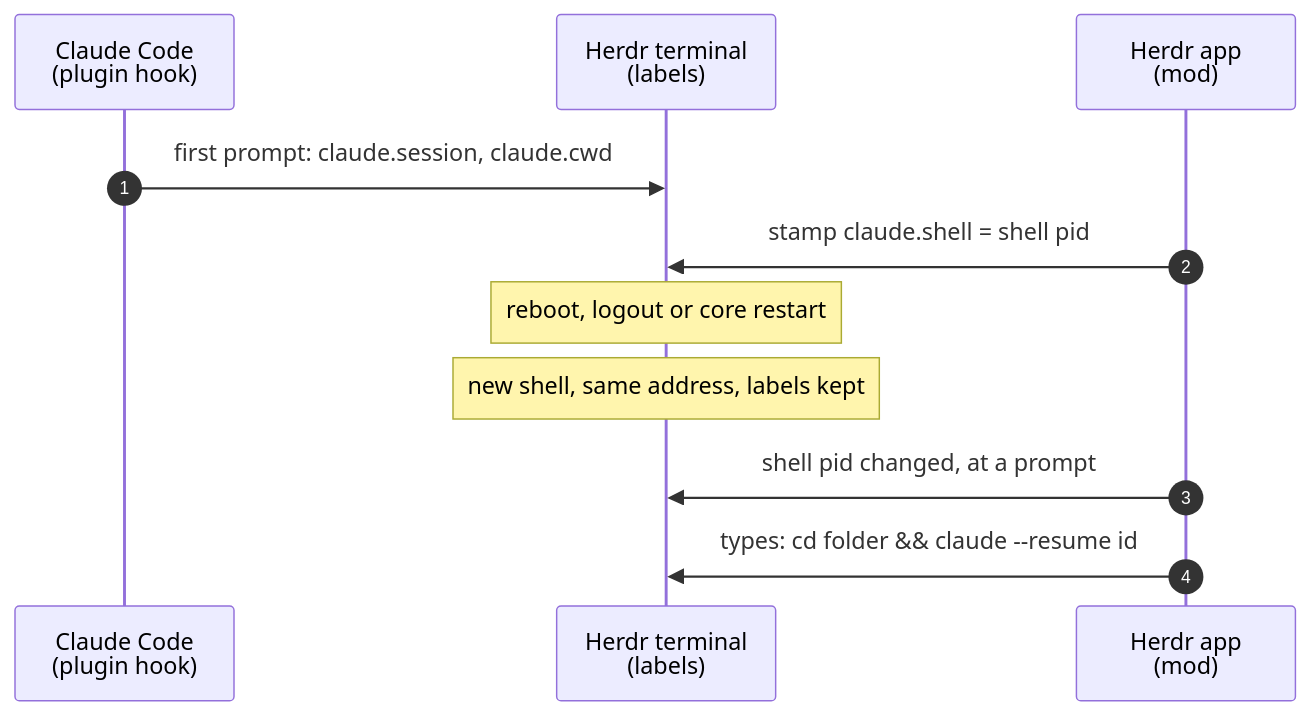
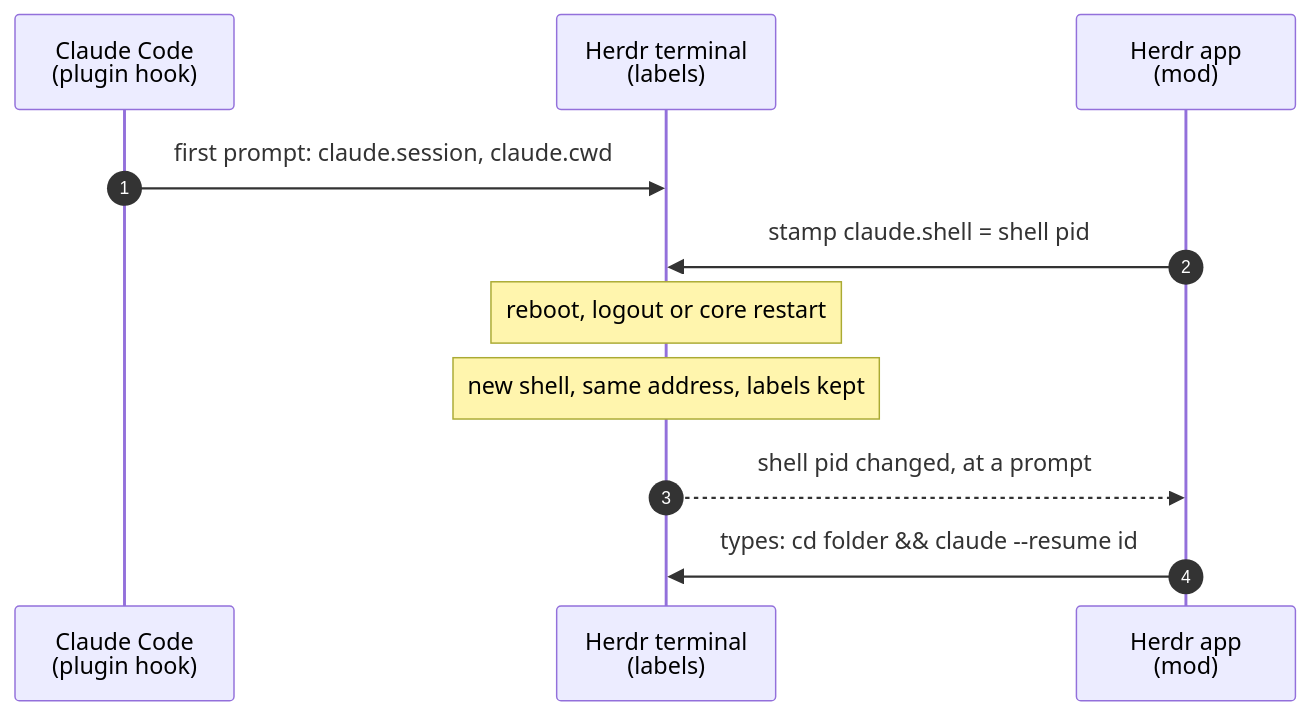
One commit to matthewjfberry/herdr-claude-resume changed the diagram in README.md. Above: the diagram before and after it, drawn with Mermaid.

Commit message:
Draw the shell check as the mod reading the terminal

````diff
--- a/README.md
+++ b/README.md
@@ -38,14 +38,14 @@
 ```mermaid
 sequenceDiagram
     autonumber
     participant C as Claude Code<br/>(plugin hook)
     participant T as Herdr terminal<br/>(labels)
     participant M as Herdr app<br/>(mod)
 
     C->>T: first prompt: claude.session, claude.cwd
     M->>T: stamp claude.shell = shell pid
     Note over T: reboot, logout or core restart
     Note over T: new shell, same address, labels kept
-    M->>T: shell pid changed, at a prompt
+    T-->>M: shell pid changed, at a prompt
     M->>T: types: cd folder && claude --resume id
 ```
````
